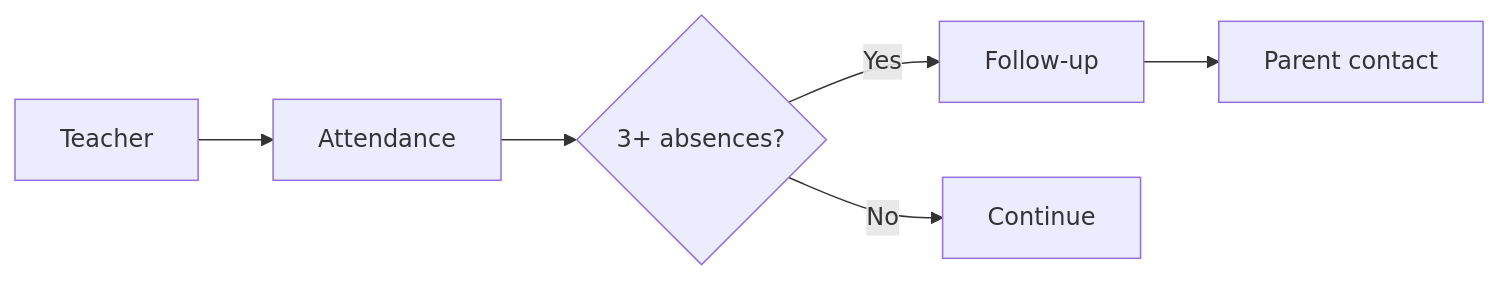
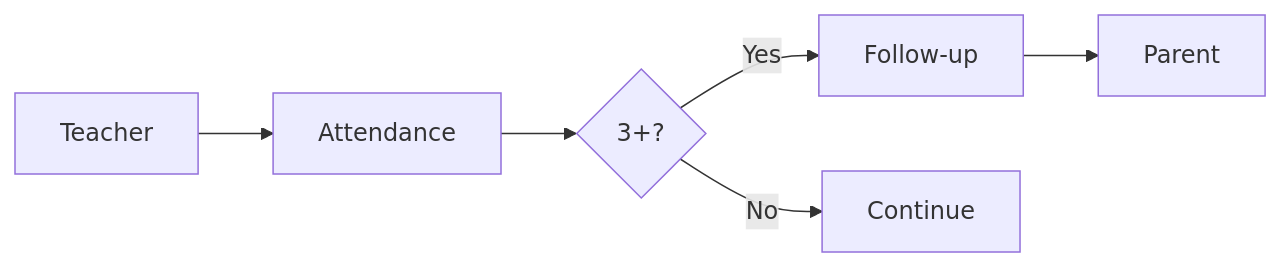
The fifth of 12 diagrams in README.md (mahik2007/hackathon), drawn with Mermaid before and after one commit. The commit also changed other lines of this file, not shown here.

````diff
--- a/README.md
+++ b/README.md
@@ -91,8 +69,7 @@
 ```mermaid
 flowchart LR
-    T[Teacher] --> A[Attendance]
-    A --> D{3+ absences?}
-    D -->|Yes| F[Follow-up]
-    D -->|No| C[Continue]
-    F --> P[Parent contact]
+T[Teacher] --> A[Attendance] --> D{3+?}
+D -->|Yes| F[Follow-up]
+D -->|No| C[Continue]
+F --> P[Parent]
 ```
````
